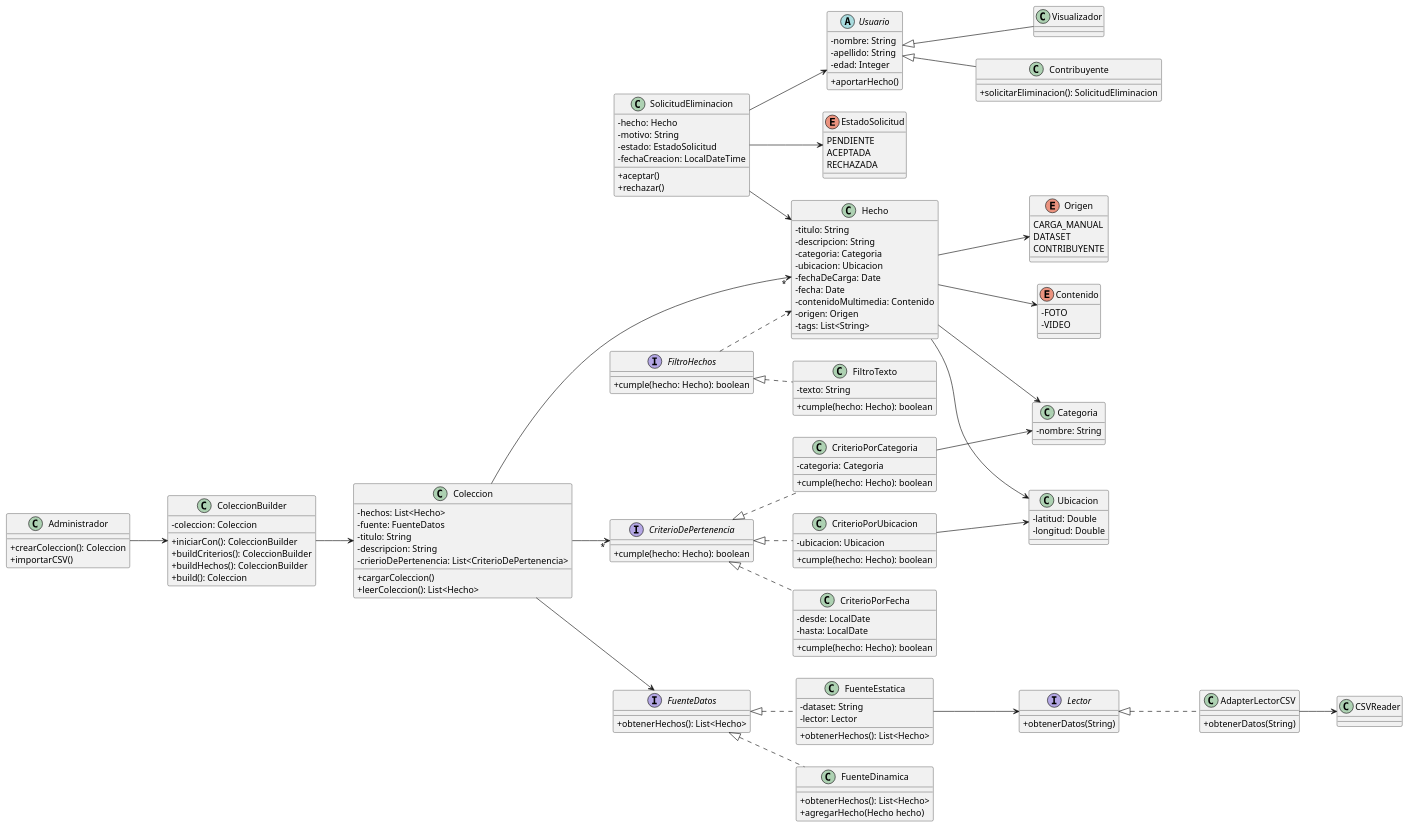
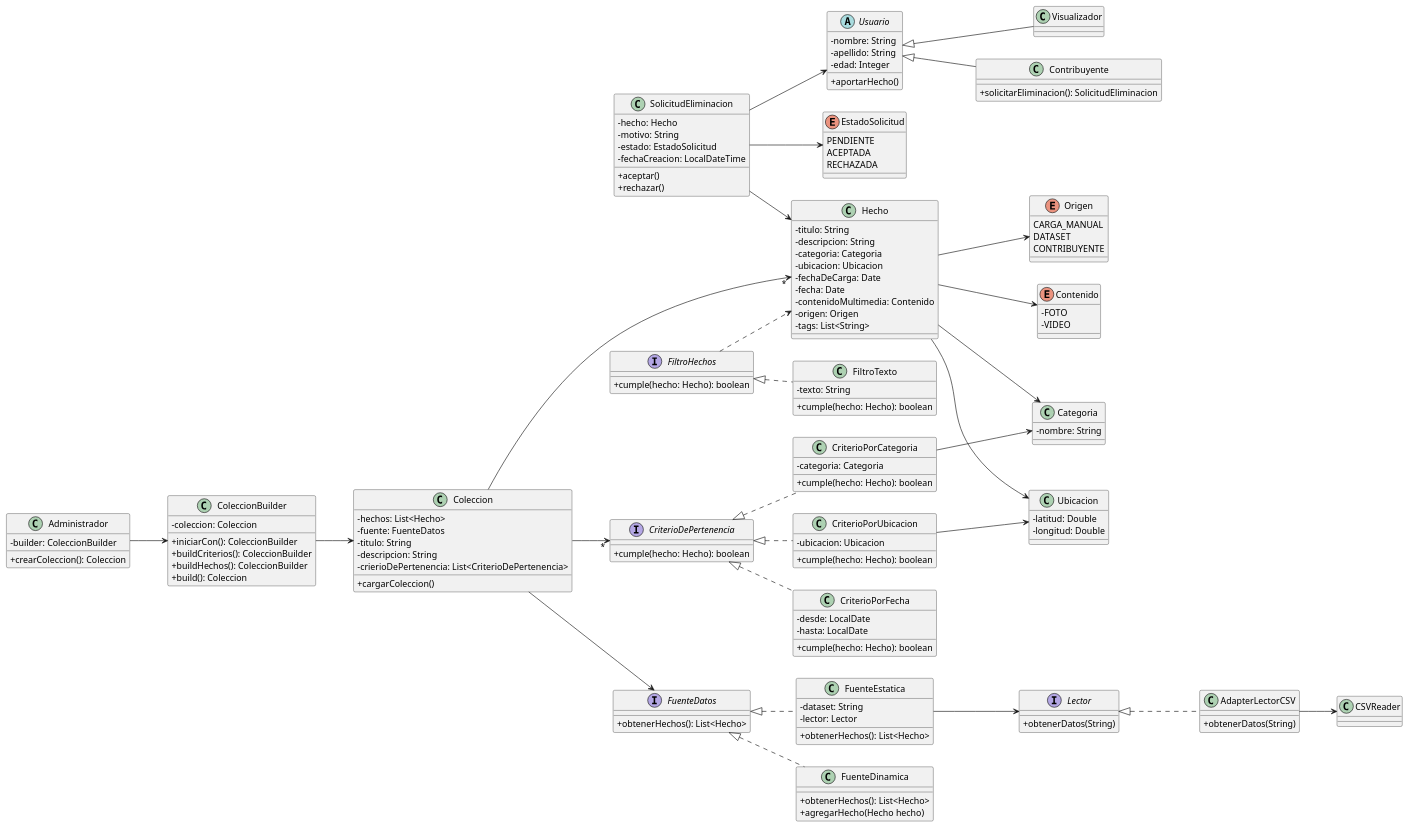
One commit to nicofernandez17/backend-arquitectura-limpia changed the diagram in Diagrams/DC_V3.puml. Above: the diagram before and after it, drawn with PlantUML. The commit also changed 2 other files, not shown here.

Commit message:
Validacion constructor coleccion

```diff
--- a/Diagrams/DC_V3.puml
+++ b/Diagrams/DC_V3.puml
@@ -1,185 +1,187 @@
 @startuml
 left to right direction
 skinparam classAttributeIconSize 0
 
 '---------------------- Usuarios ----------------------
 abstract class Usuario {
     -nombre: String
     -apellido: String
     -edad: Integer
     +aportarHecho()
 }
 
 class Visualizador extends Usuario {
 
 }
 
 class Contribuyente extends Usuario {
     +solicitarEliminacion(): SolicitudEliminacion
 }
 
 class Administrador {
+
+    -builder: ColeccionBuilder
     +crearColeccion(): Coleccion
-    +importarCSV()
+
 }
 
 
 Administrador --> ColeccionBuilder
 ColeccionBuilder --> Coleccion
 
 
 
 '---------------------- Solicitud Eliminación ----------------------
 class SolicitudEliminacion {
     -hecho: Hecho
     -motivo: String
     -estado: EstadoSolicitud
     -fechaCreacion: LocalDateTime
 
     +aceptar()
     +rechazar()
 }
 
 enum EstadoSolicitud {
     PENDIENTE
     ACEPTADA
     RECHAZADA
 }
 
 SolicitudEliminacion --> Usuario
 SolicitudEliminacion --> Hecho
 SolicitudEliminacion --> EstadoSolicitud
 
 
 '---------------------- Colecciones ----------------------
 class Coleccion {
     -hechos: List<Hecho>
     -fuente: FuenteDatos
     -titulo: String
     -descripcion: String
     -crierioDePertenencia: List<CriterioDePertenencia>
 
     +cargarColeccion()
-    +leerColeccion(): List<Hecho>
+
 }
 
 class ColeccionBuilder {
 
     -coleccion: Coleccion
     +iniciarCon(): ColeccionBuilder
     +buildCriterios(): ColeccionBuilder
     +buildHechos(): ColeccionBuilder
     +build(): Coleccion
 
 }
 
 interface CriterioDePertenencia {
     +cumple(hecho: Hecho): boolean
 }
 
 class CriterioPorUbicacion implements CriterioDePertenencia {
     -ubicacion: Ubicacion
     +cumple(hecho: Hecho): boolean
 }
 
 class CriterioPorFecha implements CriterioDePertenencia {
     -desde: LocalDate
     -hasta: LocalDate
     +cumple(hecho: Hecho): boolean
 }
 
 class CriterioPorCategoria implements CriterioDePertenencia {
     -categoria: Categoria
     +cumple(hecho: Hecho): boolean
 }
 
 Coleccion --> "*" Hecho
 Coleccion --> FuenteDatos
 Coleccion --> "*" CriterioDePertenencia
 CriterioPorCategoria --> Categoria
 CriterioPorUbicacion --> Ubicacion
 
 '---------------------- Hechos ----------------------
 class Hecho {
     -titulo: String
     -descripcion: String
     -categoria: Categoria
     -ubicacion: Ubicacion
     -fechaDeCarga: Date
     -fecha: Date
     -contenidoMultimedia: Contenido
     -origen: Origen
     -tags: List<String>
 }
 
 class Categoria {
     -nombre: String
 }
 
 enum Origen {
     CARGA_MANUAL
     DATASET
     CONTRIBUYENTE
 }
 
 class Ubicacion {
     -latitud: Double
     -longitud: Double
 }
 
 enum Contenido {
     -FOTO
     -VIDEO
 }
 
 Hecho --> Categoria
 Hecho --> Ubicacion
 Hecho --> Origen
 Hecho --> Contenido
 
 '---------------------- Filtros de Hechos ----------------------
 interface FiltroHechos {
     +cumple(hecho: Hecho): boolean
 }
 
 class FiltroTexto implements FiltroHechos {
     -texto: String
     +cumple(hecho: Hecho): boolean
 }
 
 FiltroHechos ..> Hecho
 
 '---------------------- Fuentes de Datos ----------------------
 interface FuenteDatos {
     +obtenerHechos(): List<Hecho>
 }
 
 class FuenteEstatica implements FuenteDatos {
     -dataset: String
     -lector: Lector
     +obtenerHechos(): List<Hecho>
 }
 
 class FuenteDinamica implements FuenteDatos {
     +obtenerHechos(): List<Hecho>
     + agregarHecho(Hecho hecho)
 }
 
 FuenteEstatica --> Lector
 
 '---------------------- Lectores ----------------------
 interface Lector {
     +obtenerDatos(String)
 }
 
 class AdapterLectorCSV implements Lector {
 
     +obtenerDatos(String)
 }
 
 class CSVReader {
 
 }
 AdapterLectorCSV --> CSVReader
 
 @enduml
```
